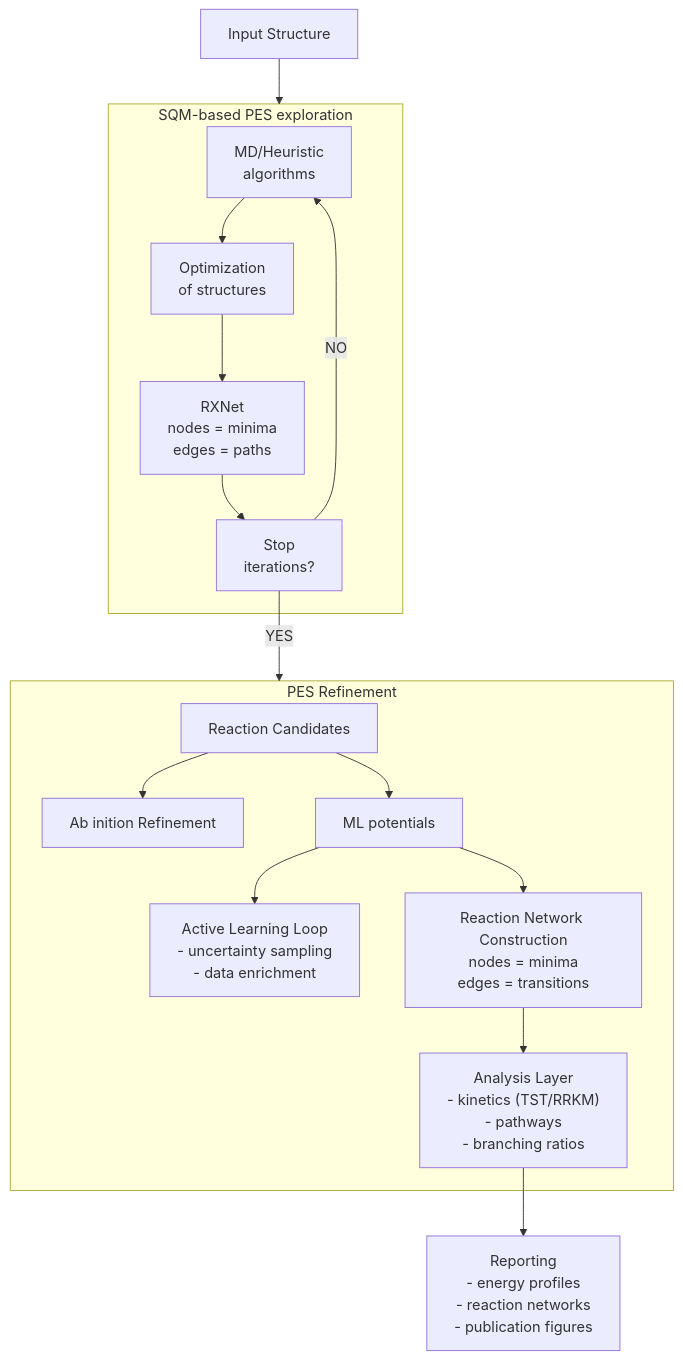
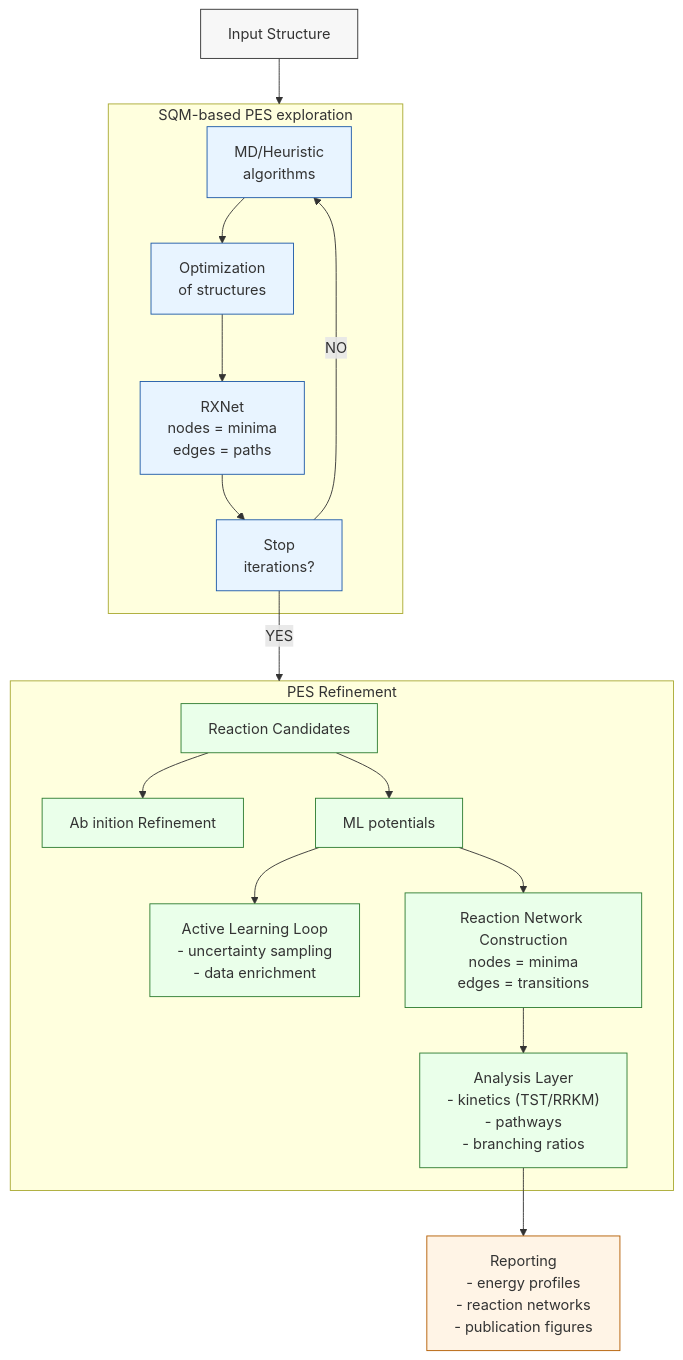
One commit to emartineznunez/mermaid changed the diagram in diagrams/diagrama.mmd. Above: the diagram before and after it, drawn with Mermaid.

```diff
--- a/diagrams/diagrama.mmd
+++ b/diagrams/diagrama.mmd
@@ -1,58 +1,64 @@
 flowchart TD
 
 %% =========================
 %% Input
 %% =========================
 A["Input Structure"]
 
 %% =========================
 %% Exploration layer
 %% =========================
 subgraph EXP[SQM-based PES exploration]
 B1["MD/Heuristic\n algorithms "]
-B1 --> B2["Optimization\n of structures"]
-B2 --> B3["RXNet\nnodes = minima\nedges = paths"]
-B3 --> B4["Stop\niterations?"]
+B2["Optimization\n of structures"]
+B3["RXNet\nnodes = minima\nedges = paths"]
+B4["Stop\niterations?"]
+
+B1 --> B2 --> B3 --> B4
 B4 -->|NO| B1
 end
 
 A --> EXP
 
 %% =========================
 %% Refinement layer
 %% =========================
 subgraph REF[PES Refinement]
-
-%% =========================
-%% Reaction discovery
-%% =========================
 C[Reaction Candidates]
 
-%% =========================
-%% Refinement
-%% =========================
 C --> D["Ab inition Refinement"]
 C --> E["ML potentials"]
 
-%% =========================
-%% Active learning loop
-%% =========================
 E --> F["Active Learning Loop\n- uncertainty sampling\n- data enrichment"]
-
-%% =========================
-%% Network construction
-%% =========================
 E --> G["Reaction Network Construction\nnodes = minima\nedges = transitions"]
 
-%% =========================
-%% Analysis
-%% =========================
 G --> H["Analysis Layer\n- kinetics (TST/RRKM)\n- pathways\n- branching ratios"]
-end 
+end
 
-B4 -->|YES| REF 
+B4 -->|YES| REF
 
 %% =========================
 %% Output
 %% =========================
 H --> I["Reporting\n- energy profiles\n- reaction networks\n- publication figures"]
+
+%% =========================
+%% STYLING
+%% =========================
+
+classDef inputFill fill:#f7f7f7,stroke:#333,stroke-width:1px;
+classDef expFill fill:#e8f4ff,stroke:#1e5aa8,stroke-width:1px;
+classDef refFill fill:#eaffea,stroke:#2f7d32,stroke-width:1px;
+classDef outFill fill:#fff4e6,stroke:#b35c00,stroke-width:1px;
+
+%% Input
+class A inputFill;
+
+%% Exploration layer
+class B1,B2,B3,B4 expFill;
+
+%% Refinement layer
+class C,D,E,F,G,H refFill;
+
+%% Output
+class I outFill;
```
